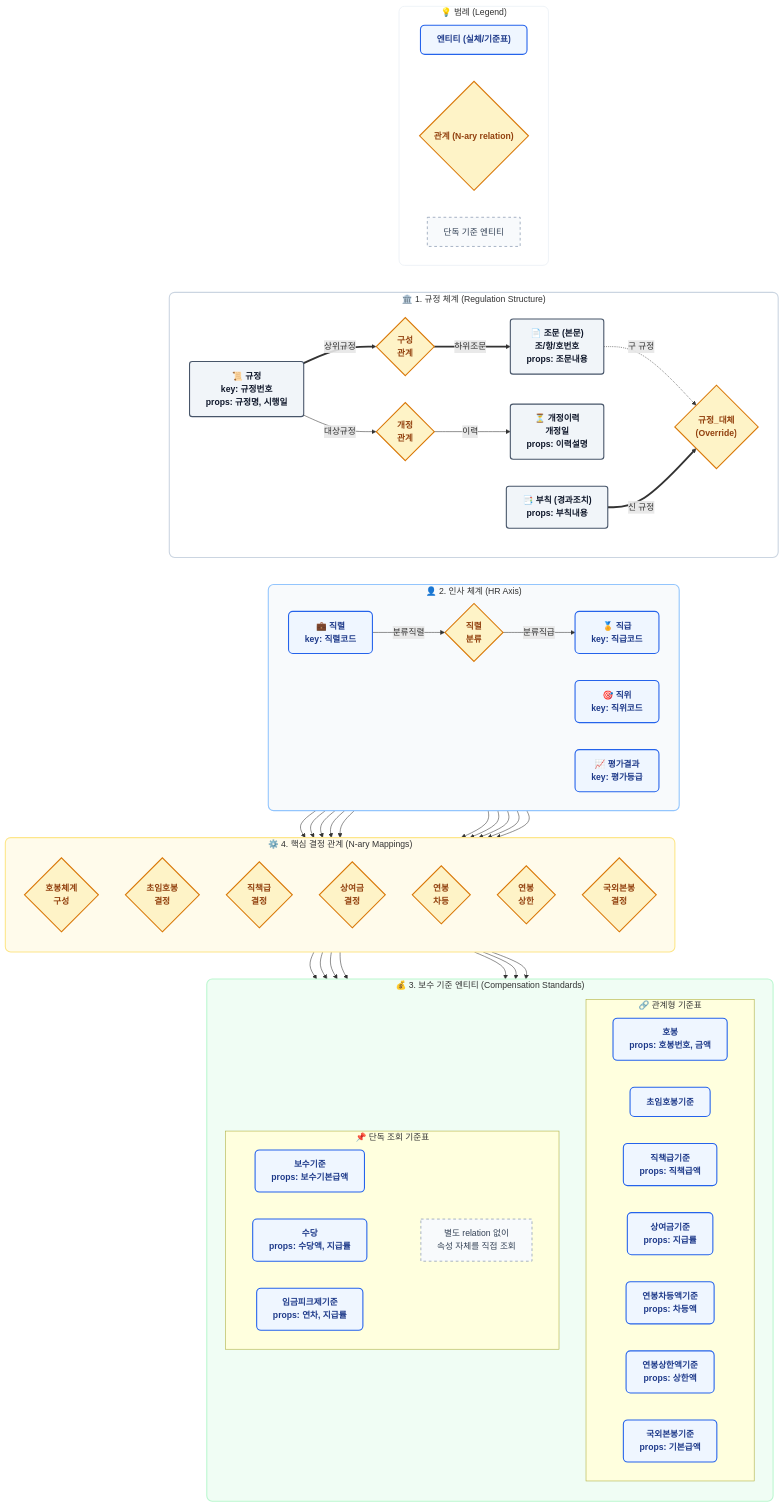
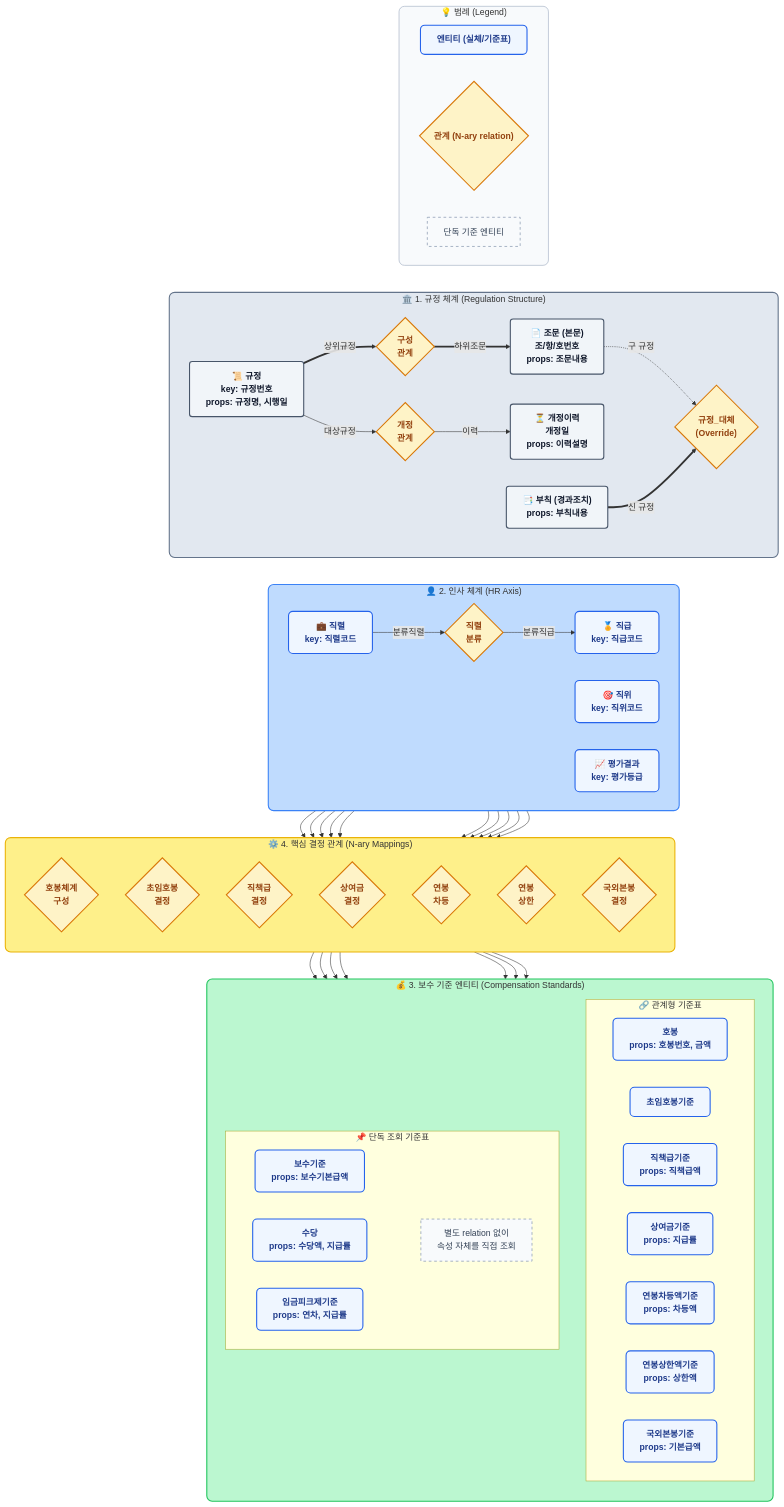
One commit to shezgone/bok-compensation-regulations changed the first of 4 diagrams in docs/schema_diagram.md. Above: the diagram before and after it, drawn with Mermaid. The commit also changed 1 other file, not shown here.

Commit message:
docs: Increase color contrast for Subgraphs in Mermaid ERD

````diff
--- a/docs/schema_diagram.md
+++ b/docs/schema_diagram.md
@@ -108,9 +108,9 @@
     Rank --> Rel_Overseas --> OverseasStd
 
     %% 🎨 서브그래프 스타일 직접 적용
-    style Legend fill:#FFFFFF,stroke:#E2E8F0,stroke-width:1px,rx:10,ry:10
-    style 규정_체계 fill:#FFFFFF,stroke:#CBD5E1,stroke-width:2px,rx:10,ry:10
-    style 인사_체계 fill:#F8FAFC,stroke:#93C5FD,stroke-width:2px,rx:10,ry:10
-    style 핵심_결정_관계 fill:#FFFBEB,stroke:#FDE68A,stroke-width:2px,rx:10,ry:10
-    style 기준_엔티티 fill:#F0FDF4,stroke:#BBF7D0,stroke-width:2px,rx:10,ry:10
+    style Legend fill:#f8fafc,stroke:#94a3b8,stroke-width:1px,rx:10,ry:10
+    style 규정_체계 fill:#e2e8f0,stroke:#64748b,stroke-width:2px,rx:10,ry:10
+    style 인사_체계 fill:#bfdbfe,stroke:#3b82f6,stroke-width:2px,rx:10,ry:10
+    style 핵심_결정_관계 fill:#fef08a,stroke:#eab308,stroke-width:2px,rx:10,ry:10
+    style 기준_엔티티 fill:#bbf7d0,stroke:#22c55e,stroke-width:2px,rx:10,ry:10
 ```
````
